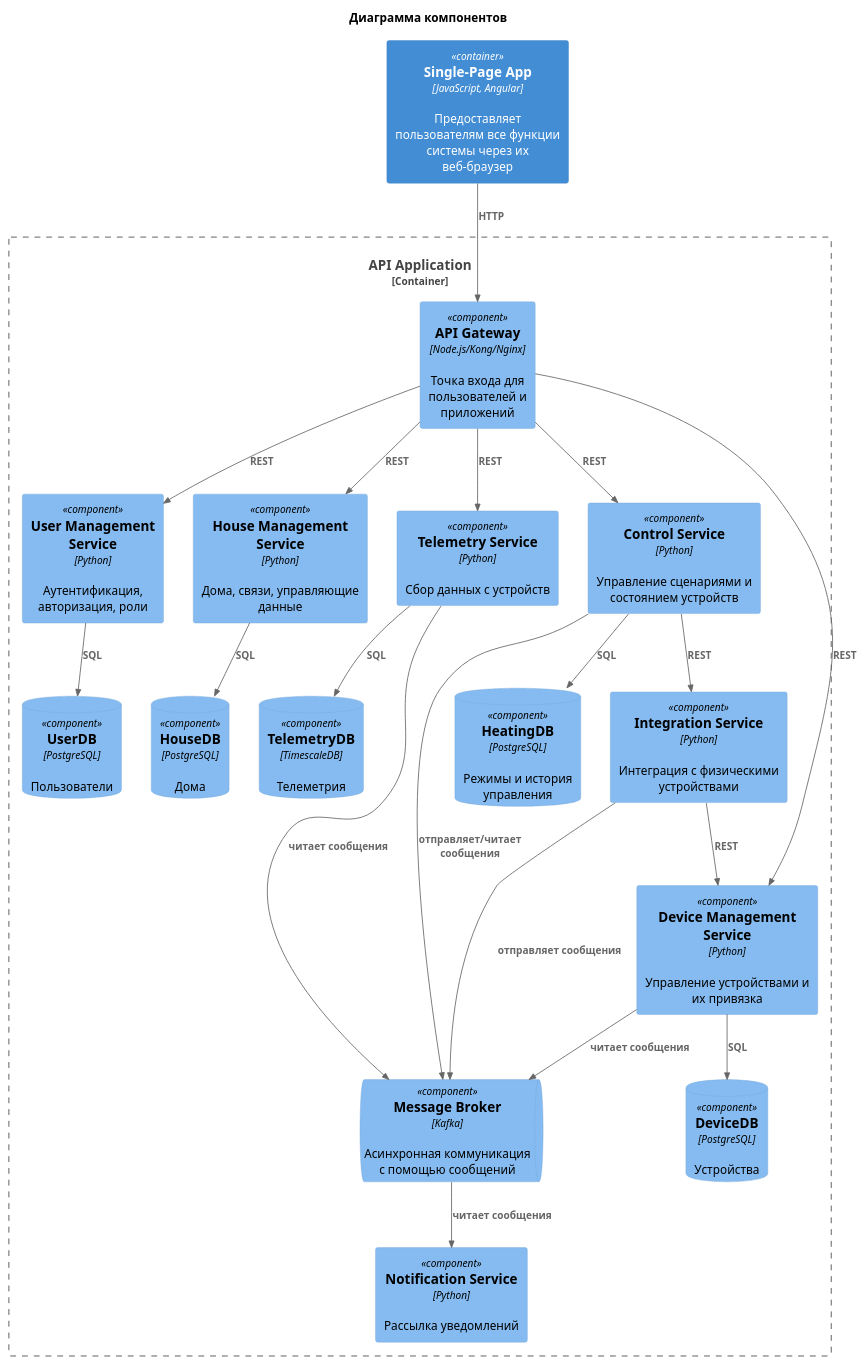
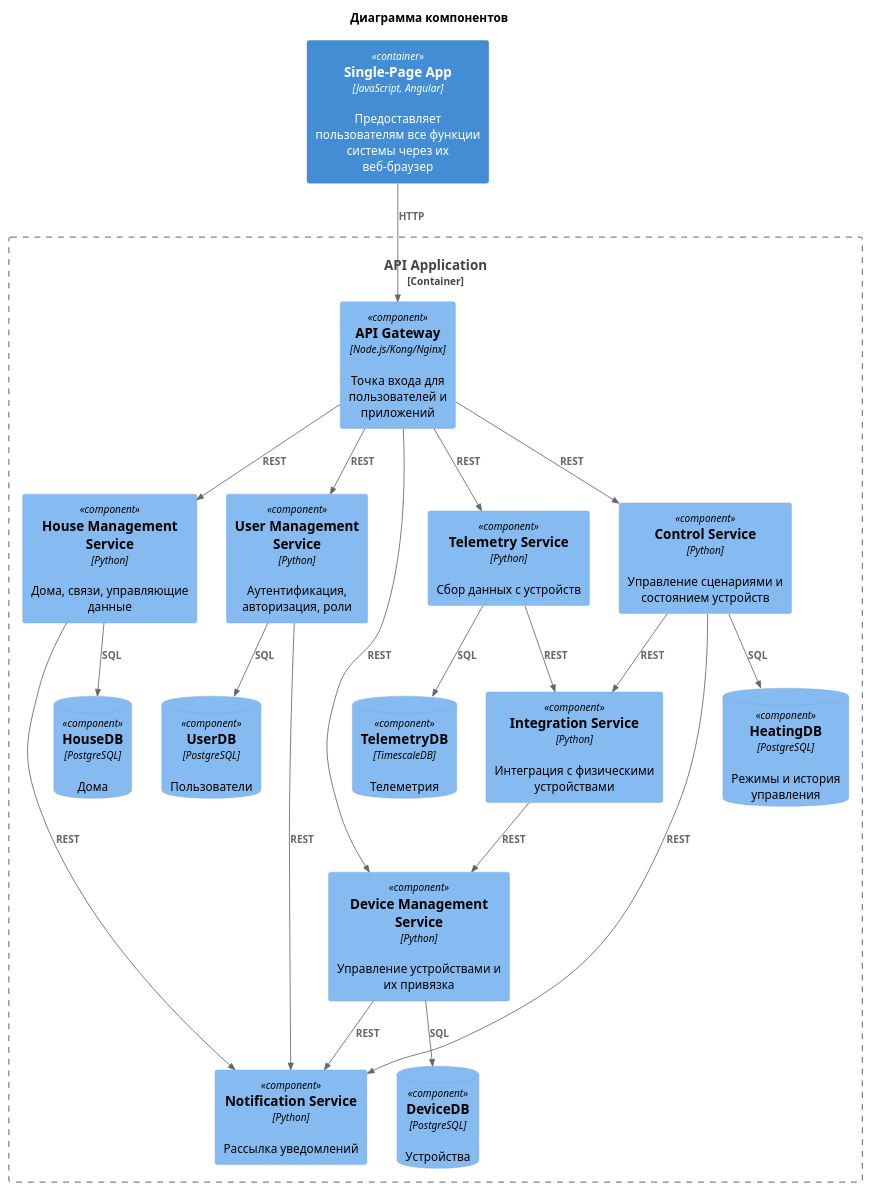
One commit to vdovinov/architecture-warmhouse changed the diagram in sprint1_task2/component_diagram.puml. Above: the diagram before and after it, drawn with PlantUML. The commit also changed 5 other files, not shown here.

```diff
--- a/sprint1_task2/component_diagram.puml
+++ b/sprint1_task2/component_diagram.puml
@@ -1,47 +1,48 @@
 @startuml
 !include https://raw.githubusercontent.com/plantuml-stdlib/C4-PlantUML/master/C4_Component.puml
 
 title Диаграмма компонентов
 
 Container(spa, "Single-Page App", "JavaScript, Angular", "Предоставляет пользователям все функции системы через их веб-браузер")
 
 Container_Boundary(api_app, "API Application") {
   Component(api_gateway, "API Gateway", "Node.js/Kong/Nginx", "Точка входа для пользователей и приложений")
   Component(user_srv, "User Management Service", "Python", "Аутентификация, авторизация, роли")
   Component(house_srv, "House Management Service", "Python", "Дома, связи, управляющие данные")
   Component(device_srv, "Device Management Service", "Python", "Управление устройствами и их привязка")
   Component(telemetry_srv, "Telemetry Service", "Python", "Сбор данных с устройств")
   Component(control_srv, "Control Service", "Python", "Управление сценариями и состоянием устройств")
   Component(integration_srv, "Integration Service", "Python", "Интеграция с физическими устройствами")
   Component(notify_srv, "Notification Service", "Python", "Рассылка уведомлений")
   ComponentDb(userdb, "UserDB", "PostgreSQL", "Пользователи")
   ComponentDb(housedb, "HouseDB", "PostgreSQL", "Дома")
   ComponentDb(devicedb, "DeviceDB", "PostgreSQL", "Устройства")
   ComponentDb(telemetrydb, "TelemetryDB", "TimescaleDB", "Телеметрия")
   ComponentDb(heatingdb, "HeatingDB", "PostgreSQL", "Режимы и история управления")
-  ComponentQueue(broker, "Message Broker", "Kafka", "Асинхронная коммуникация с помощью сообщений")
 }
 
 Rel(spa, api_gateway, "HTTP")
+
 Rel(api_gateway, user_srv, "REST")
 Rel(api_gateway, house_srv, "REST")
 Rel(api_gateway, device_srv, "REST")
 Rel(api_gateway, control_srv, "REST")
 Rel(api_gateway, telemetry_srv, "REST")
 
 Rel(user_srv, userdb, "SQL")
 Rel(house_srv, housedb, "SQL")
 Rel(device_srv, devicedb, "SQL")
 Rel(telemetry_srv, telemetrydb, "SQL")
 Rel(control_srv, heatingdb, "SQL")
 
 Rel(control_srv, integration_srv, "REST")
 Rel(integration_srv, device_srv, "REST")
-Rel(integration_srv, broker, "отправляет сообщения")
-Rel(device_srv, broker, "читает сообщения")
-Rel(telemetry_srv, broker, "читает сообщения")
-Rel(control_srv, broker, "отправляет/читает сообщения")
+Rel(telemetry_srv, integration_srv, "REST")
 
-Rel(broker, notify_srv, "читает сообщения")
+Rel(control_srv, notify_srv, "REST")
+Rel(user_srv, notify_srv, "REST")
+Rel(house_srv, notify_srv, "REST")
+Rel(device_srv, notify_srv, "REST")
+
 
 @enduml
```
